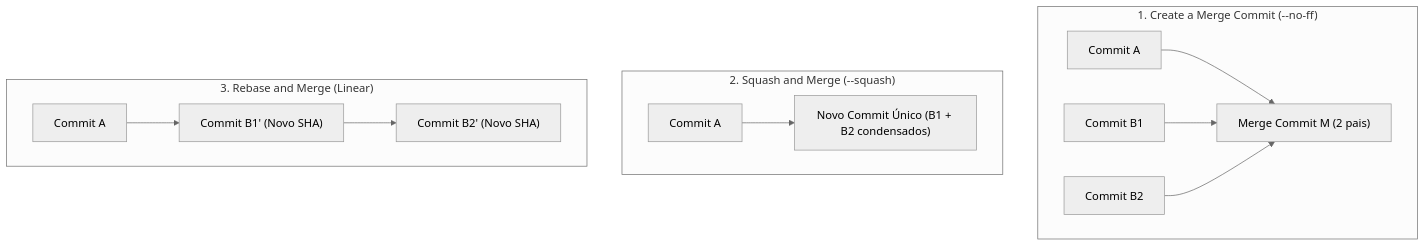
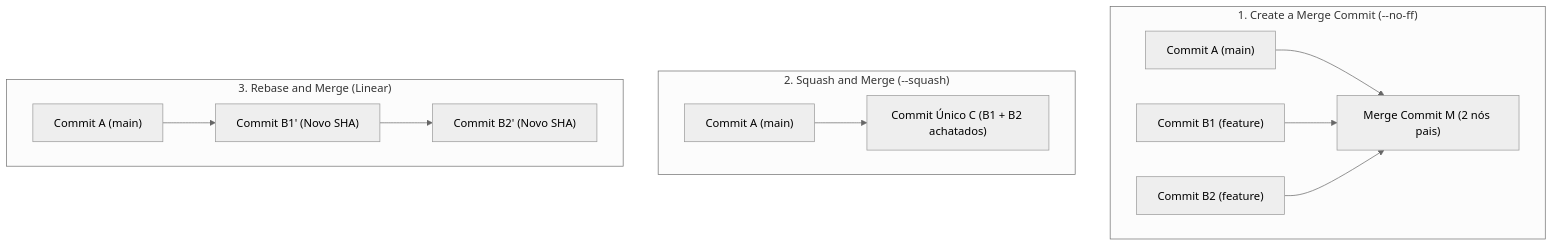
Before and after one commit to thiagosantos346/TCE-GO-2027: the third of 3 diagrams in fontes_de_estudo/conhecimentos_especificos_b02_ti/07_devops_e_plataforma_de_entrega/02_git_estrategias_de_branching_e_plataformas_colaborativas.md, drawn with Mermaid (neutral theme). The commit also changed other lines of this file and 119 other files, not shown here.

````diff
--- a/fontes_de_estudo/conhecimentos_especificos_b02_ti/07_devops_e_plataforma_de_entrega/02_git_estrategias_de_branching_e_plataformas_colaborativas.md
+++ b/fontes_de_estudo/conhecimentos_especificos_b02_ti/07_devops_e_plataforma_de_entrega/02_git_estrategias_de_branching_e_plataformas_colaborativas.md
@@ -147,16 +151,16 @@
 ```mermaid
 flowchart TD
     subgraph MergeCommit["1. Create a Merge Commit (--no-ff)"]
-        MC_A["Commit A"] --> MC_M["Merge Commit M (2 pais)"]
-        MC_B1["Commit B1"] --> MC_M
-        MC_B2["Commit B2"] --> MC_M
+        MC_A["Commit A (main)"] --> MC_M["Merge Commit M (2 nós pais)"]
+        MC_B1["Commit B1 (feature)"] --> MC_M
+        MC_B2["Commit B2 (feature)"] --> MC_M
     end
     
     subgraph SquashMerge["2. Squash and Merge (--squash)"]
-        SQ_A["Commit A"] --> SQ_C["Novo Commit Único (B1 + B2 condensados)"]
+        SQ_A["Commit A (main)"] --> SQ_C["Commit Único C (B1 + B2 achatados)"]
     end
     
     subgraph RebaseMerge["3. Rebase and Merge (Linear)"]
-        RB_A["Commit A"] --> RB_B1["Commit B1' (Novo SHA)"] --> RB_B2["Commit B2' (Novo SHA)"]
+        RB_A["Commit A (main)"] --> RB_B1["Commit B1' (Novo SHA)"] --> RB_B2["Commit B2' (Novo SHA)"]
     end
 ```
````
